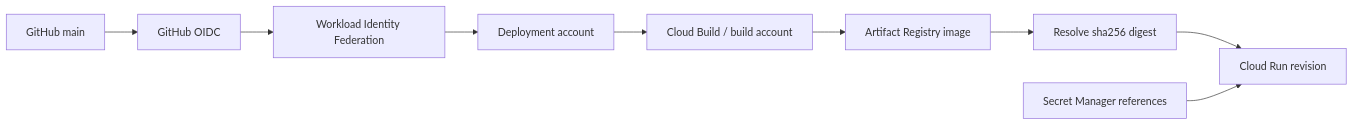
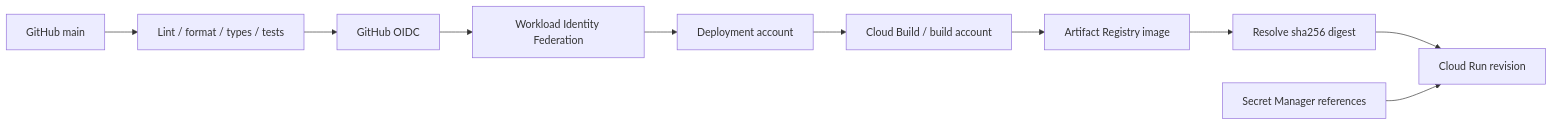
The second of 2 diagrams in apps/agency/README.md (takitajwar17/vidicy), drawn with Mermaid before and after one commit. The commit also changed other lines of this file and 1 other file, not shown here.

Commit message:
docs: describe reliability safeguards and release checks

````diff
--- a/apps/agency/README.md
+++ b/apps/agency/README.md
@@ -420,11 +443,12 @@
 ```mermaid
 flowchart LR
-    Git[GitHub main] --> OIDC[GitHub OIDC]
+    Git[GitHub main] --> Checks[Lint / format / types / tests]
+    Checks --> OIDC[GitHub OIDC]
     OIDC --> WIF[Workload Identity Federation]
     WIF --> Deploy[Deployment account]
     Deploy --> Build[Cloud Build / build account]
     Build --> Registry[Artifact Registry image]
     Registry --> Digest[Resolve sha256 digest]
     Digest --> Run[Cloud Run revision]
     Secrets[Secret Manager references] --> Run
 ```
````
